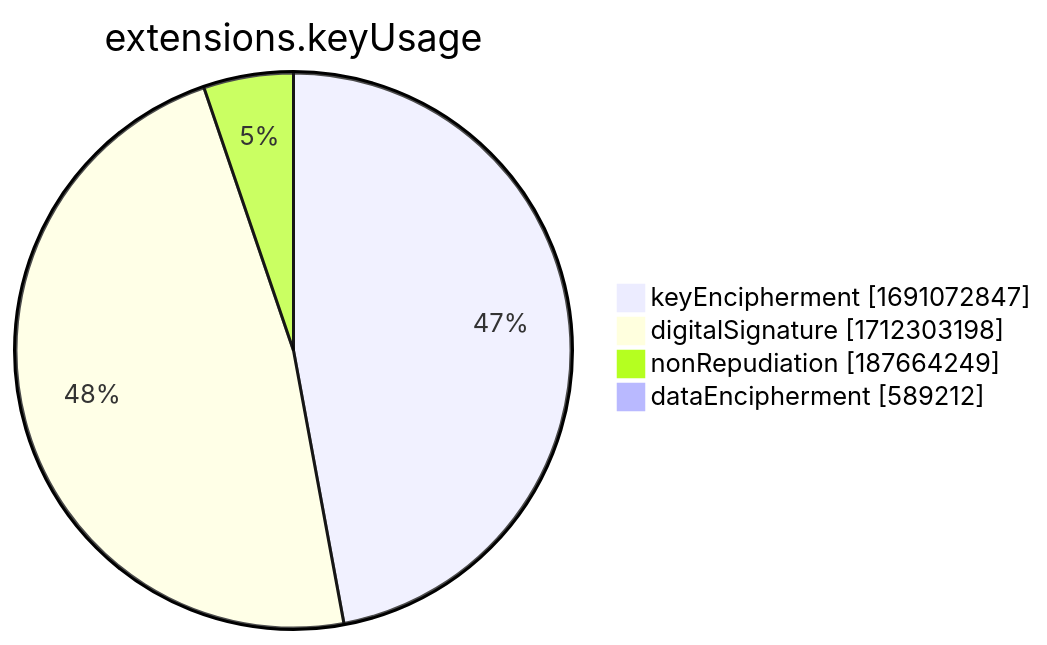
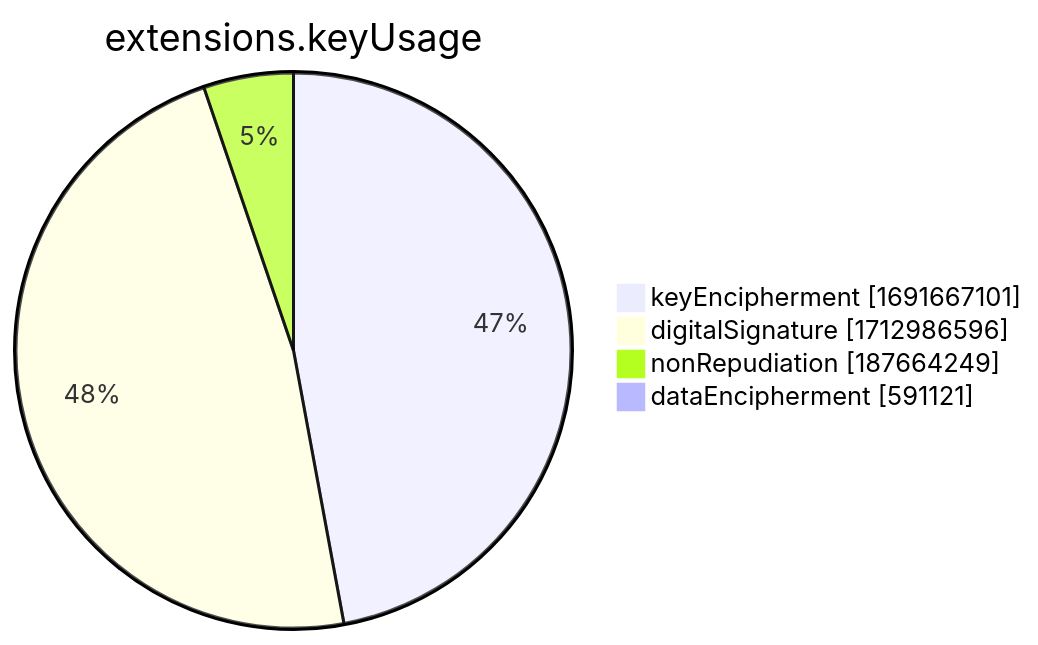
Before and after one commit to christiankrug/ctmonitor_visualization: the seventh of 15 diagrams in xenon2022/README.md, drawn with Mermaid. The commit also changed other lines of this file, not shown here.

````diff
--- a/xenon2022/README.md
+++ b/xenon2022/README.md
@@ -2858,8 +2858,8 @@
 ```mermaid
 pie showData
 title extensions.keyUsage
-"keyEncipherment" :1691072847
-"digitalSignature" :1712303198
+"keyEncipherment" :1691667101
+"digitalSignature" :1712986596
 "nonRepudiation" :187664249
-"dataEncipherment" :589212
+"dataEncipherment" :591121
 ```
````
